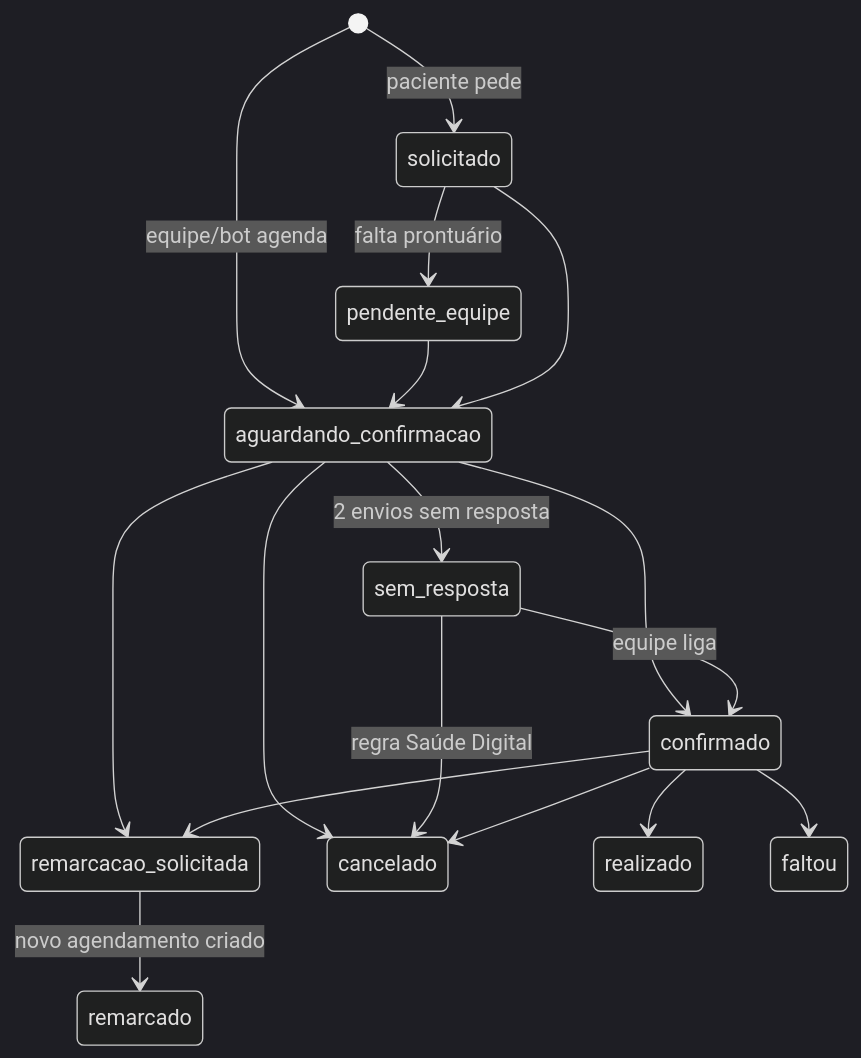
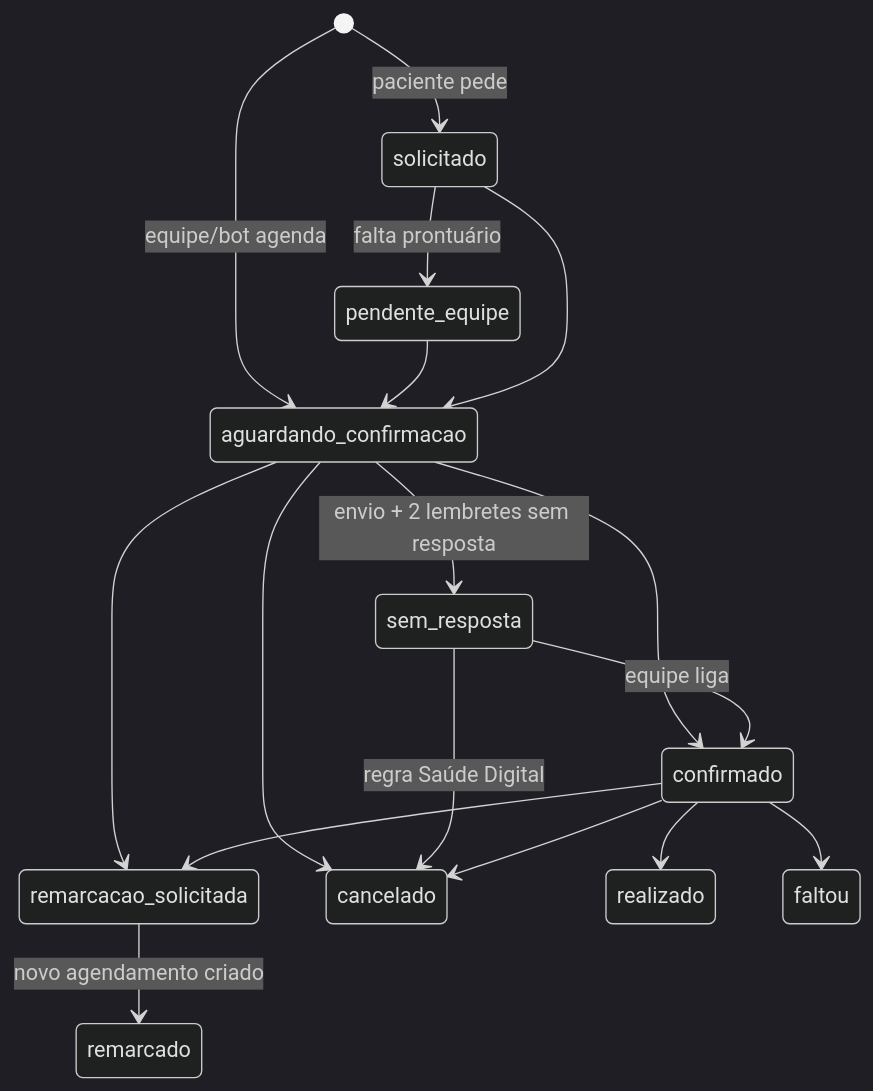
The second of 3 diagrams in docs/BANCO_DE_DADOS.md (thompsoncysneiros/json-server-template), drawn with Mermaid (dark theme) before and after one commit. The commit also changed other lines of this file and 2 other files, not shown here.

````diff
--- a/docs/BANCO_DE_DADOS.md
+++ b/docs/BANCO_DE_DADOS.md
@@ -243,19 +290,19 @@
 ```mermaid
 stateDiagram-v2
     [*] --> solicitado: paciente pede
     [*] --> aguardando_confirmacao: equipe/bot agenda
     solicitado --> pendente_equipe: falta prontuário
     pendente_equipe --> aguardando_confirmacao
     solicitado --> aguardando_confirmacao
     aguardando_confirmacao --> confirmado
     aguardando_confirmacao --> remarcacao_solicitada
     aguardando_confirmacao --> cancelado
-    aguardando_confirmacao --> sem_resposta: 2 envios sem resposta
+    aguardando_confirmacao --> sem_resposta: envio + 2 lembretes sem resposta
     sem_resposta --> confirmado: equipe liga
     sem_resposta --> cancelado: regra Saúde Digital
     confirmado --> remarcacao_solicitada
     confirmado --> cancelado
     remarcacao_solicitada --> remarcado: novo agendamento criado
     confirmado --> realizado
     confirmado --> faltou
 ```
````
